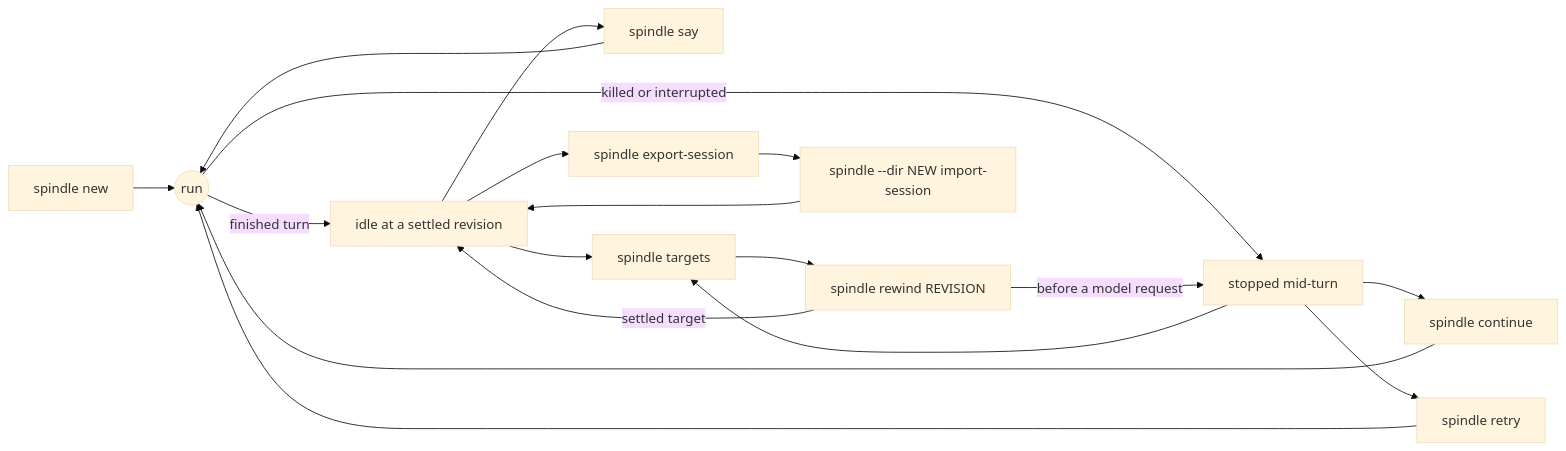
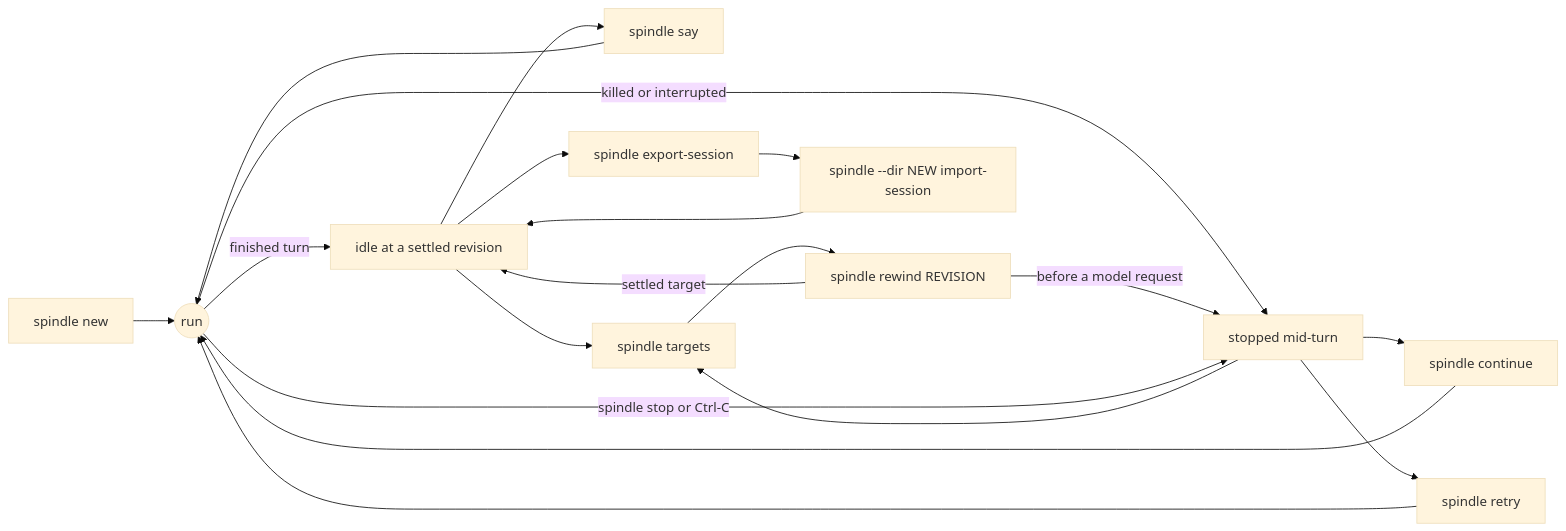
Before and after one commit to SiliconState/Spindle: the diagram in docs/cli.md, drawn with Mermaid (base theme). The commit also changed other lines of this file and 60 other files, not shown here.

````diff
--- a/docs/cli.md
+++ b/docs/cli.md
@@ -125,20 +159,21 @@
 ```mermaid
 flowchart LR
     create["spindle new"] --> run(("run"))
     say["spindle say"] --> run
     run -->|"finished turn"| idle["idle at a settled revision"]
     run -->|"killed or interrupted"| stopped["stopped mid-turn"]
     stopped --> cont["spindle continue"]
     stopped --> retry["spindle retry"]
     cont --> run
     retry --> run
     idle --> say
     idle --> targets["spindle targets"]
     stopped --> targets
     targets --> rewind["spindle rewind REVISION"]
     rewind -->|"settled target"| idle
     rewind -->|"before a model request"| stopped
+    run -->|"spindle stop or Ctrl-C"| stopped
     idle --> exp["spindle export-session"]
     exp --> imp["spindle --dir NEW import-session"]
     imp --> idle
 ```
````
